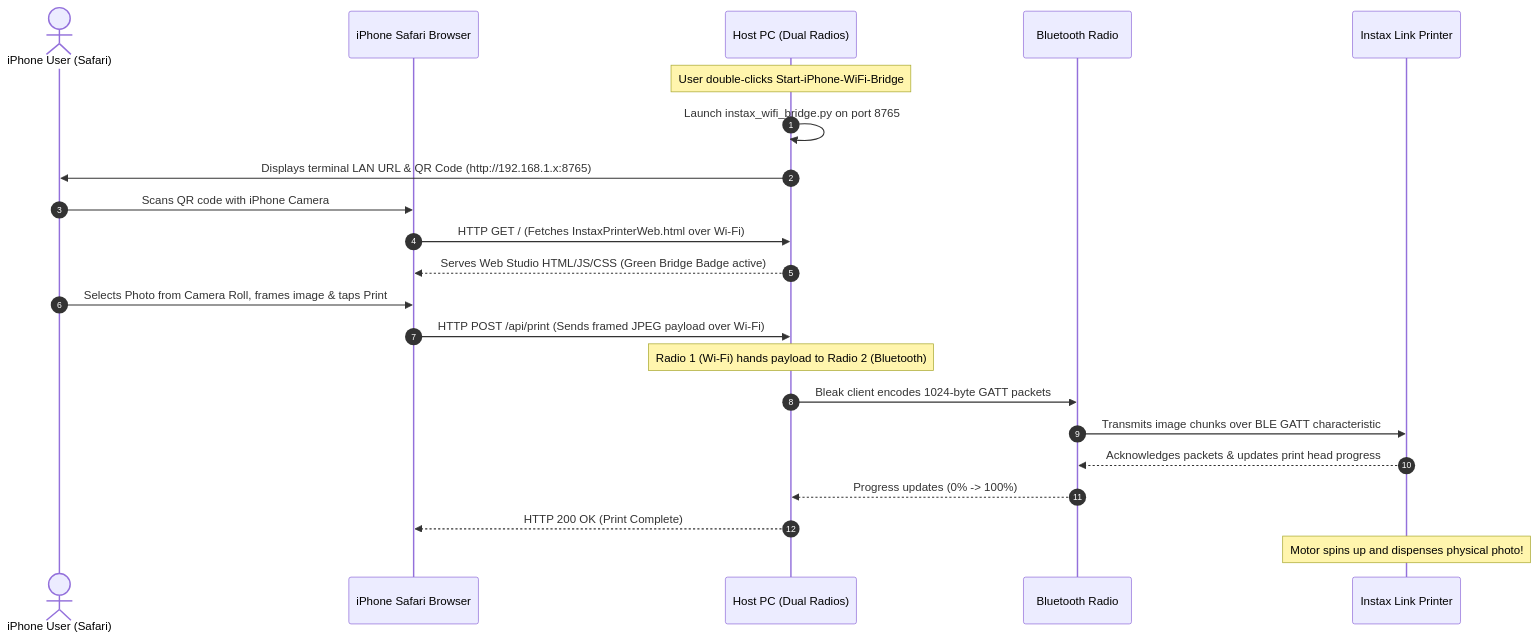
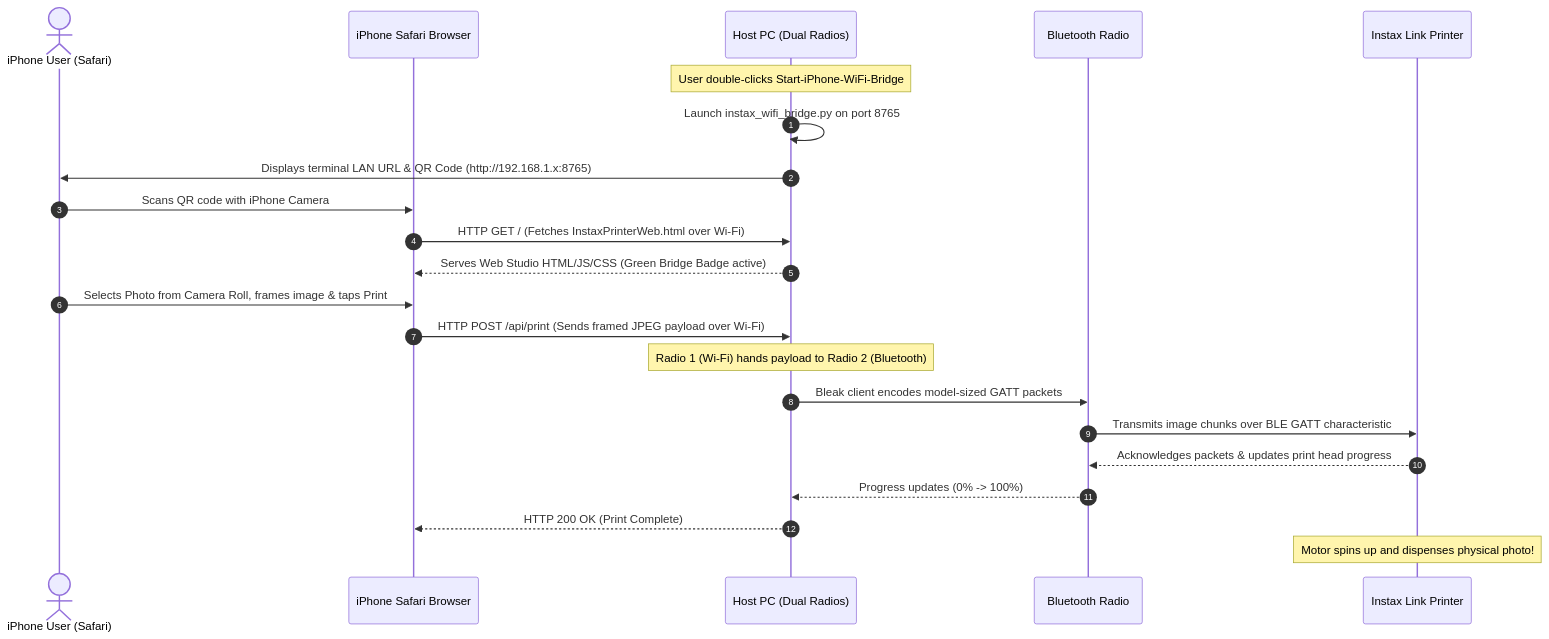
One commit to analogbits/Instax-Offline-Printer changed the second of 3 diagrams in DOCUMENTATION.md. Above: the diagram before and after it, drawn with Mermaid. The commit also changed other lines of this file and 1 other file, not shown here.

````diff
--- a/DOCUMENTATION.md
+++ b/DOCUMENTATION.md
@@ -178,25 +178,25 @@
 ```mermaid
 sequenceDiagram
     autonumber
     actor User as iPhone User (Safari)
     participant Phone as iPhone Safari Browser
     participant Mac as Host PC (Dual Radios)
     participant BLE as Bluetooth Radio
     participant Printer as Instax Link Printer
 
     Note over Mac: User double-clicks Start-iPhone-WiFi-Bridge
     Mac->>Mac: Launch instax_wifi_bridge.py on port 8765
     Mac->>User: Displays terminal LAN URL & QR Code (http://192.168.1.x:8765)
     User->>Phone: Scans QR code with iPhone Camera
     Phone->>Mac: HTTP GET / (Fetches InstaxPrinterWeb.html over Wi-Fi)
     Mac-->>Phone: Serves Web Studio HTML/JS/CSS (Green Bridge Badge active)
     User->>Phone: Selects Photo from Camera Roll, frames image & taps Print
     Phone->>Mac: HTTP POST /api/print (Sends framed JPEG payload over Wi-Fi)
     Note over Mac: Radio 1 (Wi-Fi) hands payload to Radio 2 (Bluetooth)
-    Mac->>BLE: Bleak client encodes 1024-byte GATT packets
+    Mac->>BLE: Bleak client encodes model-sized GATT packets
     BLE->>Printer: Transmits image chunks over BLE GATT characteristic
     Printer-->>BLE: Acknowledges packets & updates print head progress
     BLE-->>Mac: Progress updates (0% -> 100%)
     Mac-->>Phone: HTTP 200 OK (Print Complete)
     Note over Printer: Motor spins up and dispenses physical photo!
 ```
````
